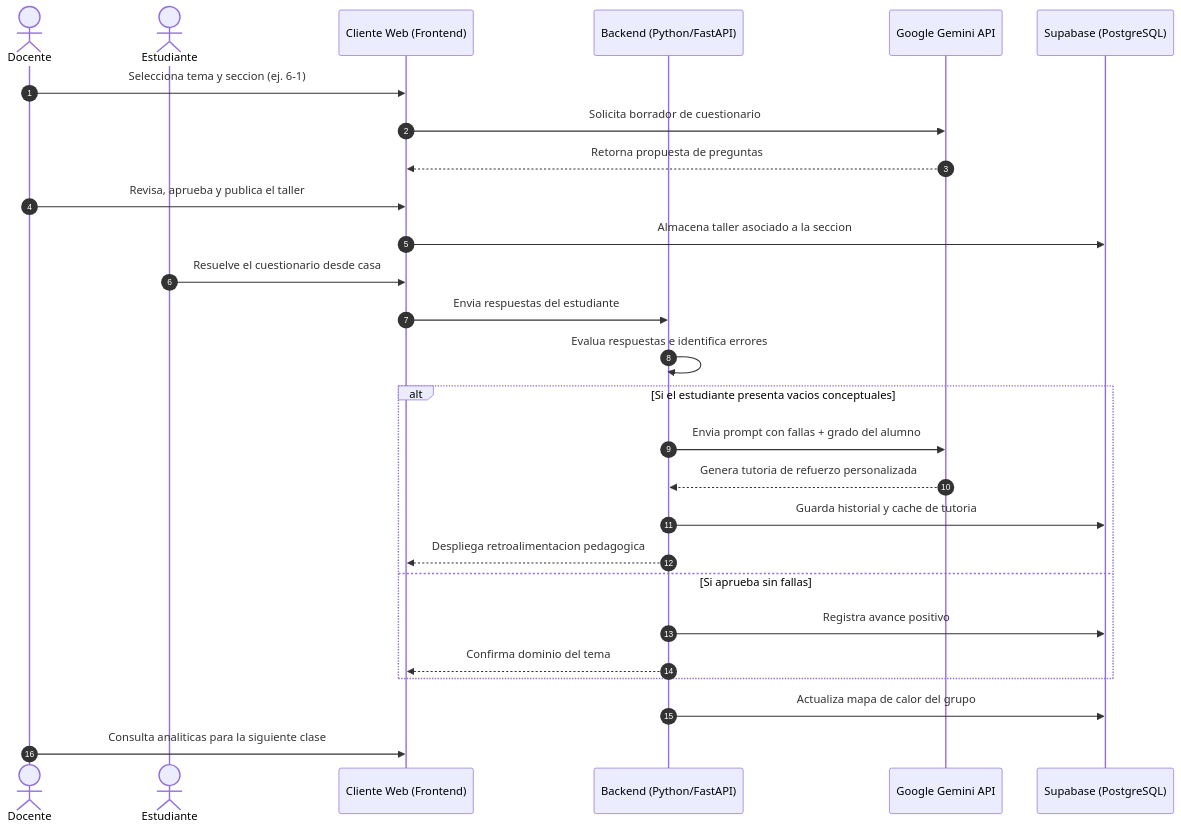
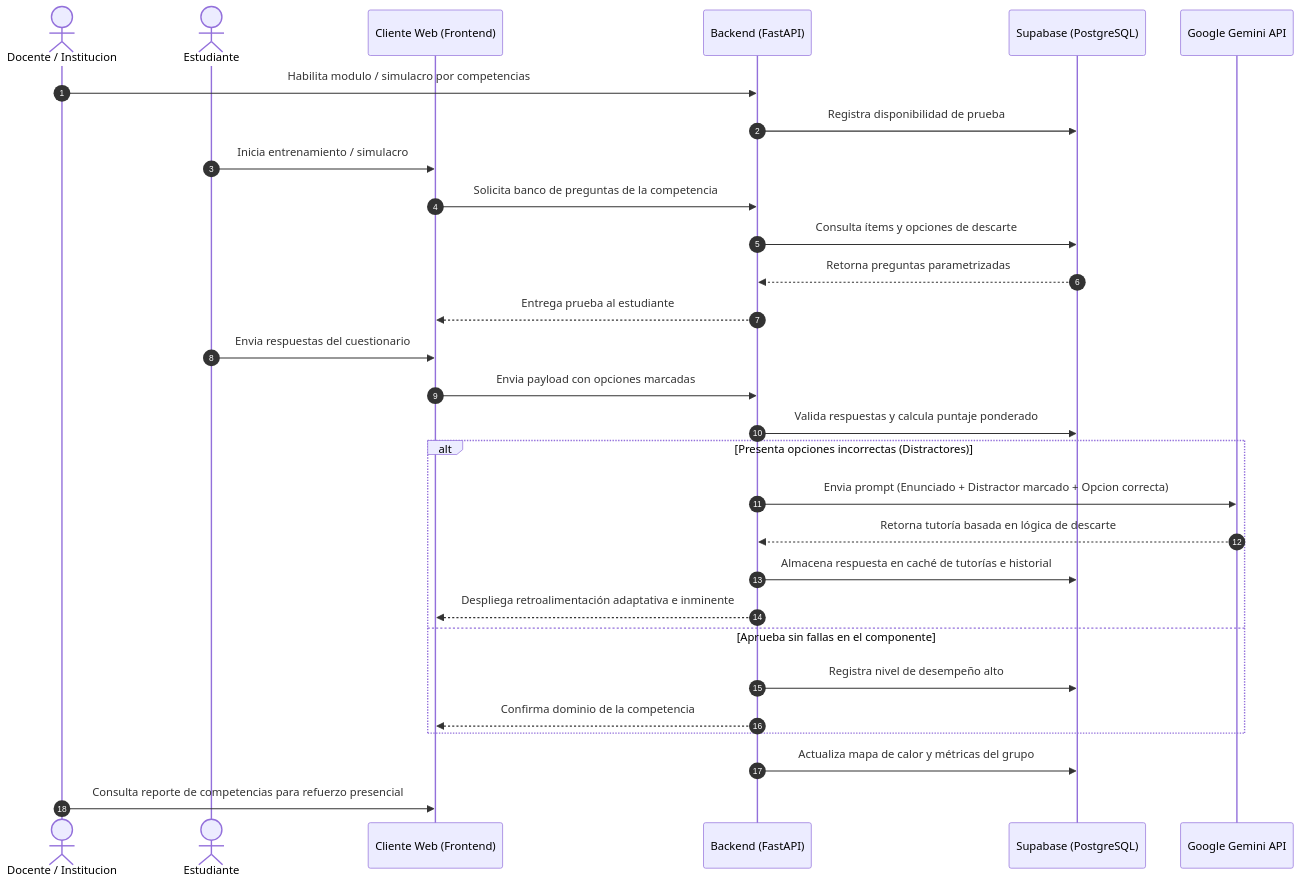
One commit to Dreathward/sistema-de-aprendizaje-en-linea changed the diagram in docs/02-logica-y-procesos.md. Above: the diagram before and after it, drawn with Mermaid. The commit also changed other lines of this file, not shown here.

Commit message:
Actualizar flujo de procesos y mejorar diagramación
Se actualizó la sección del flujo principal de procesos, detallando el ciclo operativo del sistema y su interacción con la IA para generar tutorías personalizadas. Se mejoró la diagramación del flujo de procesos con un diagrama de secuencia.

````diff
--- a/docs/02-logica-y-procesos.md
+++ b/docs/02-logica-y-procesos.md
@@ -15,33 +21,39 @@
 ```mermaid
 sequenceDiagram
     autonumber
-    actor Docente
-    actor Estudiante
-    participant UI as Cliente Web (Frontend)
-    participant Server as Backend (Python/FastAPI)
-    participant IA as Google Gemini API
+    actor Docente as Docente / Institucion
+    actor Estudiante as Estudiante
+    participant Frontend as Cliente Web (Frontend)
+    participant Backend as Backend (FastAPI)
     participant DB as Supabase (PostgreSQL)
+    participant AI as Google Gemini API
 
-    Docente->>UI: Selecciona tema y seccion (ej. 6-1)
-    UI->>IA: Solicita borrador de cuestionario
-    IA-->>UI: Retorna propuesta de preguntas
-    Docente->>UI: Revisa, aprueba y publica el taller
-    UI->>DB: Almacena taller asociado a la seccion
-    
-    Estudiante->>UI: Resuelve el cuestionario desde casa
-    UI->>Server: Envia respuestas del estudiante
-    Server->>Server: Evalua respuestas e identifica errores
-    
-    alt Si el estudiante presenta vacios conceptuales
-        Server->>IA: Envia prompt con fallas + grado del alumno
-        IA-->>Server: Genera tutoria de refuerzo personalizada
-        Server->>DB: Guarda historial y cache de tutoria
-        Server-->>UI: Despliega retroalimentacion pedagogica
-    else Si aprueba sin fallas
-        Server->>DB: Registra avance positivo
-        Server-->>UI: Confirma dominio del tema
+    %% Fase 1: Configuracion y Acceso
+    Docente->>Backend: Habilita modulo / simulacro por competencias
+    Backend->>DB: Registra disponibilidad de prueba
+    Estudiante->>Frontend: Inicia entrenamiento / simulacro
+    Frontend->>Backend: Solicita banco de preguntas de la competencia
+    Backend->>DB: Consulta ítems y opciones de descarte
+    DB-->>Backend: Retorna preguntas parametrizadas
+    Backend-->>Frontend: Entrega prueba al estudiante
+
+    %% Fase 2: Ejecucion y Evaluacion
+    Estudiante->>Frontend: Envia respuestas del cuestionario
+    Frontend->>Backend: Envia payload con opciones marcadas
+    Backend->>DB: Valida respuestas y calcula puntaje ponderado
+
+    %% Fase 3: Procesamiento Adaptativo con IA
+    alt Presenta opciones incorrectas (Distractores)
+        Backend->>AI: Envia prompt (Enunciado + Distractor marcado + Opcion correcta)
+        AI-->>Backend: Retorna tutoría basada en lógica de descarte
+        Backend->>DB: Almacena respuesta en caché de tutorías e historial
+        Backend-->>Frontend: Despliega retroalimentación adaptativa e inminente
+    else Aprueba sin fallas en el componente
+        Backend->>DB: Registra nivel de desempeño alto
+        Backend-->>Frontend: Confirma dominio de la competencia
     end
 
-    Server->>DB: Actualiza mapa de calor del grupo
-    Docente->>UI: Consulta analiticas para la siguiente clase
+    %% Fase 4: Analitica Institucional
+    Backend->>DB: Actualiza mapa de calor y métricas del grupo
+    Docente->>Frontend: Consulta reporte de competencias para refuerzo presencial
 ```
````
